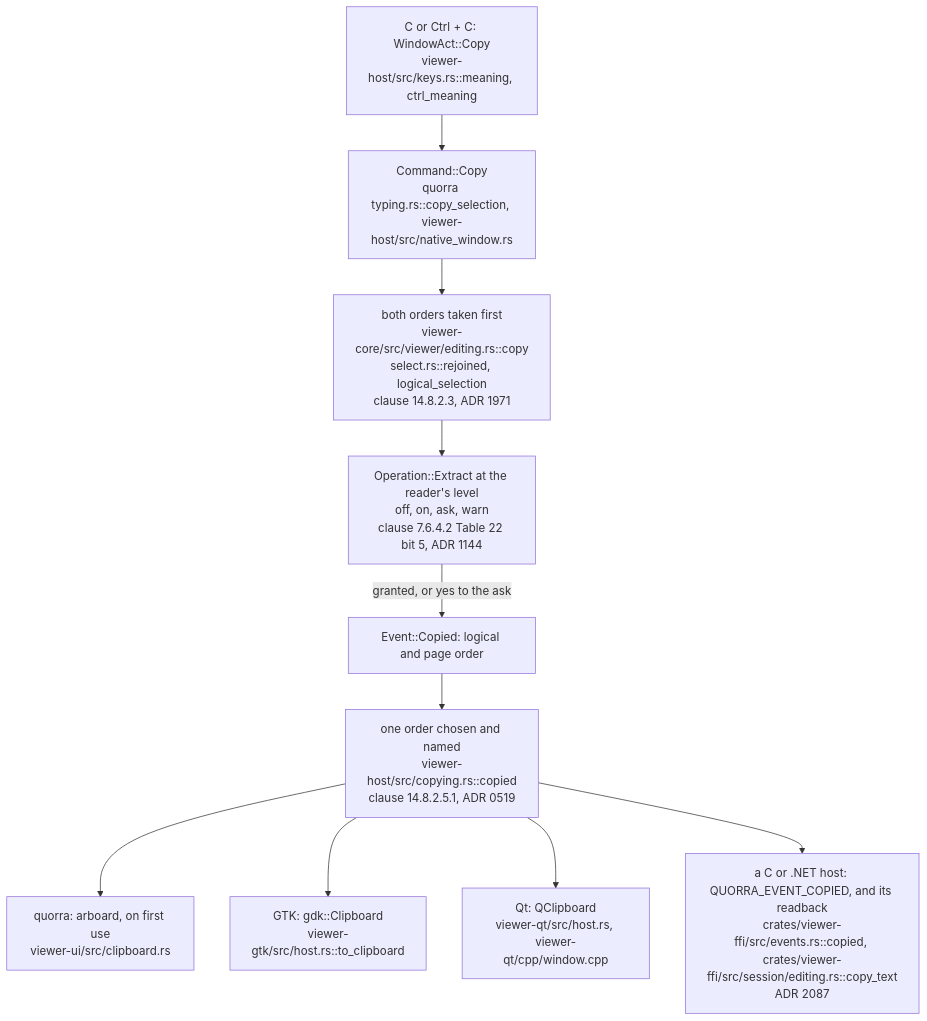
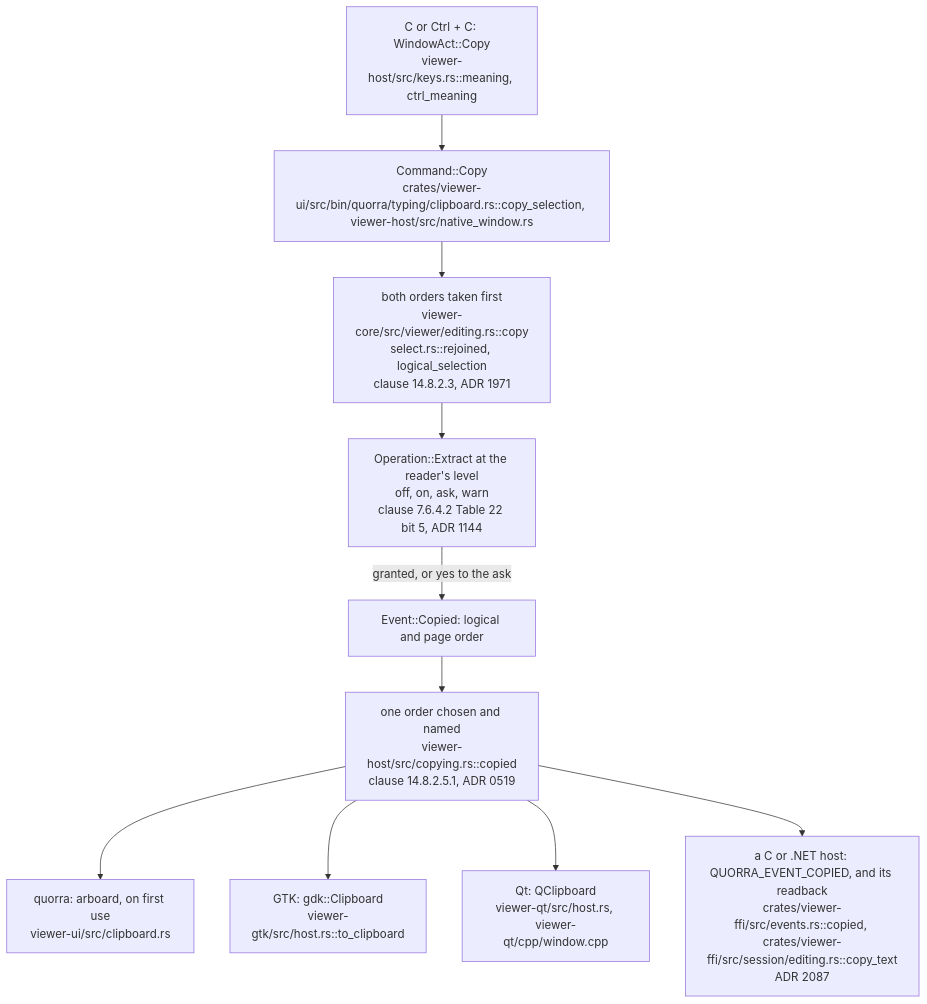
The sixth of 6 diagrams in doc/teaching/how-text-is-selected-and-copied.md (close2/pdf-viewer), drawn with Mermaid before and after one commit. The commit also changed other lines of this file and 107 other files, not shown here.

````diff
--- a/doc/teaching/how-text-is-selected-and-copied.md
+++ b/doc/teaching/how-text-is-selected-and-copied.md
@@ -520,23 +520,23 @@
 ```mermaid
 flowchart TD
     KEY["C or Ctrl + C: WindowAct::Copy<br/>viewer-host/src/keys.rs::meaning, ctrl_meaning"]
-    CMD["Command::Copy<br/>quorra typing.rs::copy_selection, viewer-host/src/native_window.rs"]
+    CMD["Command::Copy<br/>crates/viewer-ui/src/bin/quorra/typing/clipboard.rs::copy_selection, viewer-host/src/native_window.rs"]
     TAKE["both orders taken first<br/>viewer-core/src/viewer/editing.rs::copy<br/>select.rs::rejoined, logical_selection<br/>clause 14.8.2.3, ADR 1971"]
     POLICY["Operation::Extract at the reader's level<br/>off, on, ask, warn<br/>clause 7.6.4.2 Table 22 bit 5, ADR 1144"]
     EVENT["Event::Copied: logical and page order"]
     CHOOSE["one order chosen and named<br/>viewer-host/src/copying.rs::copied<br/>clause 14.8.2.5.1, ADR 0519"]
     QUO["quorra: arboard, on first use<br/>viewer-ui/src/clipboard.rs"]
     GTK["GTK: gdk::Clipboard<br/>viewer-gtk/src/host.rs::to_clipboard"]
     QT["Qt: QClipboard<br/>viewer-qt/src/host.rs, viewer-qt/cpp/window.cpp"]
     FFI["a C or .NET host: QUORRA_EVENT_COPIED, and its readback<br/>crates/viewer-ffi/src/events.rs::copied, crates/viewer-ffi/src/session/editing.rs::copy_text<br/>ADR 2087"]
 
     KEY --> CMD
     CMD --> TAKE
     TAKE --> POLICY
     POLICY -->|"granted, or yes to the ask"| EVENT
     EVENT --> CHOOSE
     CHOOSE --> QUO
     CHOOSE --> GTK
     CHOOSE --> QT
     CHOOSE --> FFI
 ```
````
